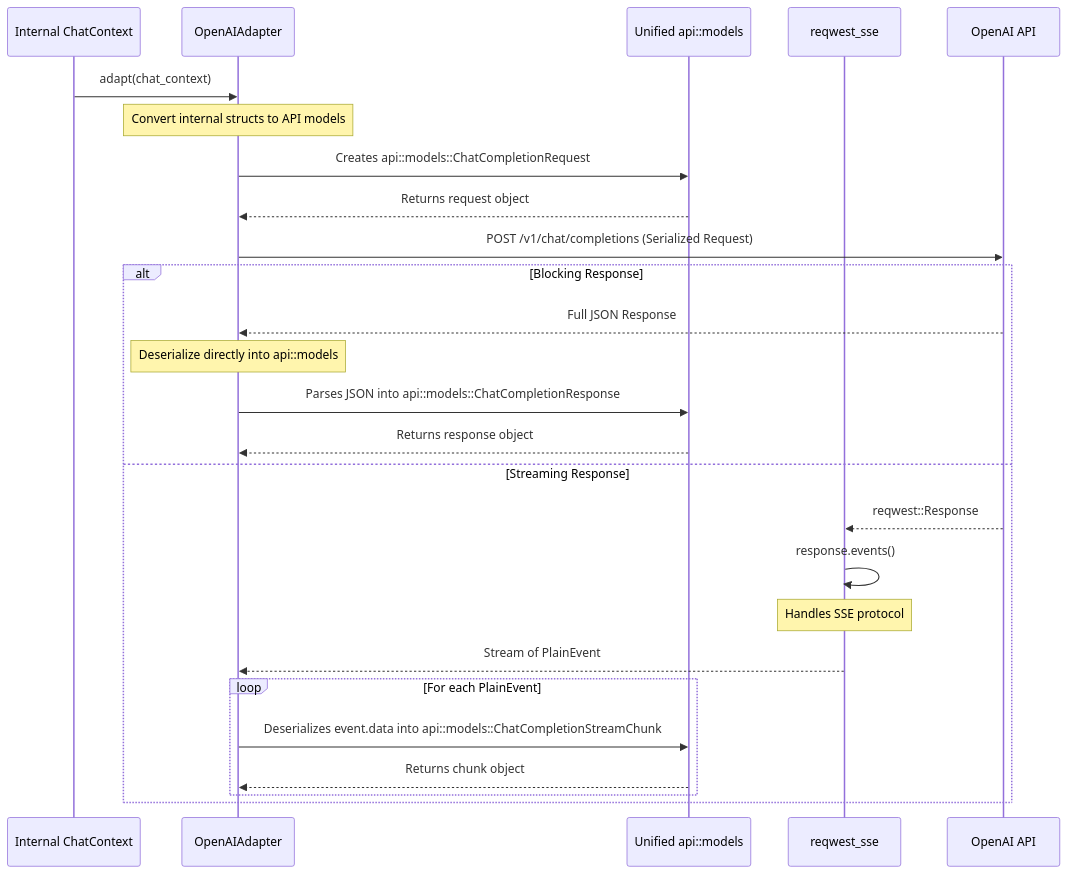
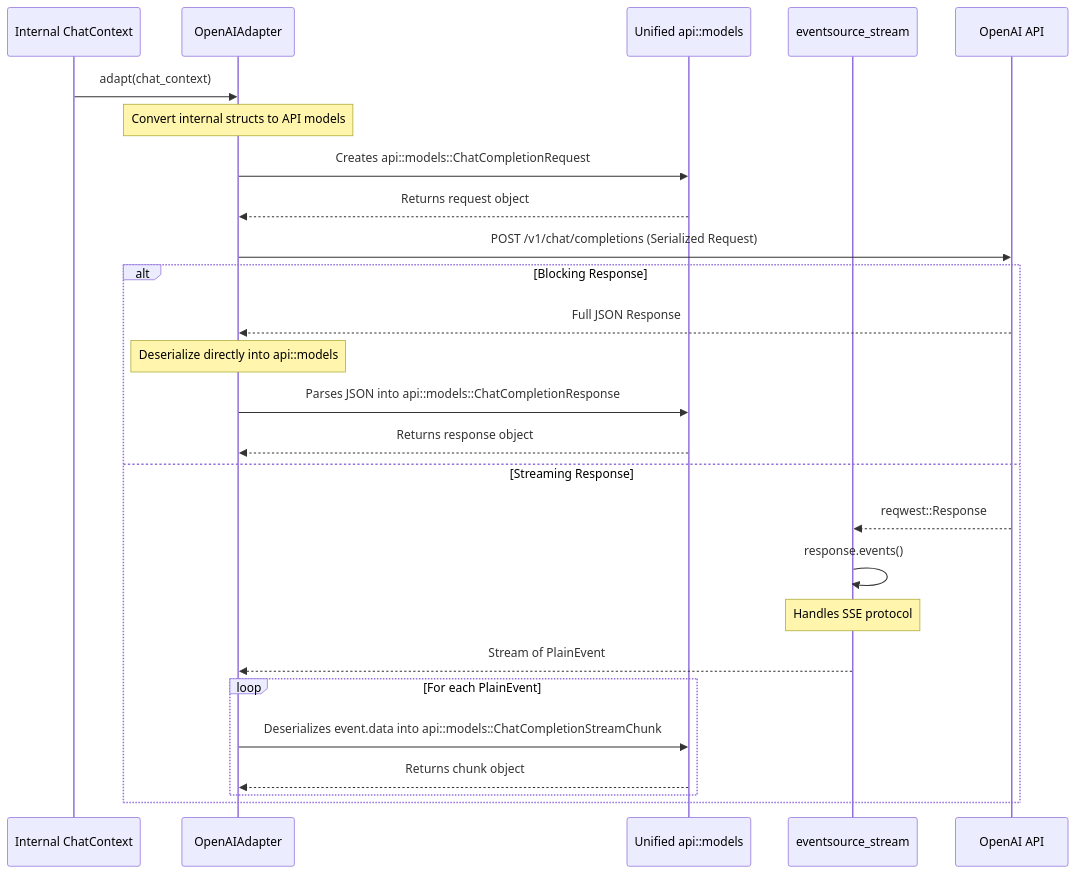
One commit to bigduu/copilot_client_app changed the diagram in docs/architecture/copilot_model_refactor_plan.md. Above: the diagram before and after it, drawn with Mermaid. The commit also changed 53 other files, not shown here.

````diff
--- a/docs/architecture/copilot_model_refactor_plan.md
+++ b/docs/architecture/copilot_model_refactor_plan.md
@@ -240,30 +240,30 @@
 ```mermaid
 sequenceDiagram
     participant C as Internal ChatContext
     participant A as OpenAIAdapter
     participant M as Unified api::models
-    participant S as reqwest_sse
+    participant S as eventsource_stream
     participant API as OpenAI API
 
     C->>A: adapt(chat_context)
     Note over A: Convert internal structs to API models
     A->>M: Creates api::models::ChatCompletionRequest
     M-->>A: Returns request object
     A->>API: POST /v1/chat/completions (Serialized Request)
     
     alt Blocking Response
         API-->>A: Full JSON Response
         Note over A: Deserialize directly into api::models
         A->>M: Parses JSON into api::models::ChatCompletionResponse
         M-->>A: Returns response object
     else Streaming Response
         API-->>S: reqwest::Response
         S->>S: response.events()
         Note over S: Handles SSE protocol
         S-->>A: Stream of PlainEvent
         loop For each PlainEvent
             A->>M: Deserializes event.data into api::models::ChatCompletionStreamChunk
             M-->>A: Returns chunk object
         end
     end
 ```
````
